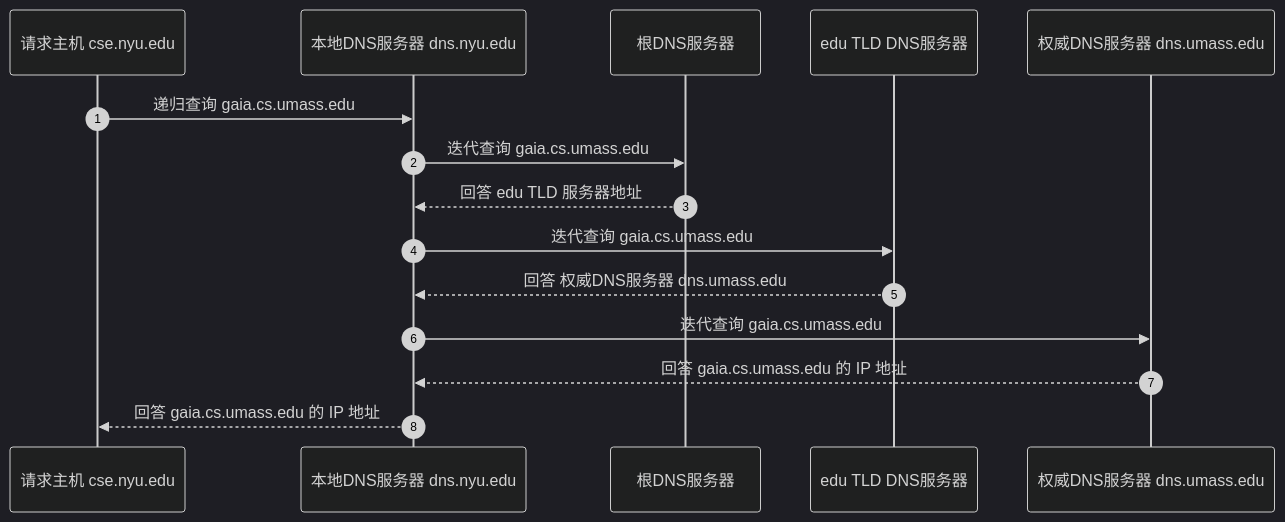
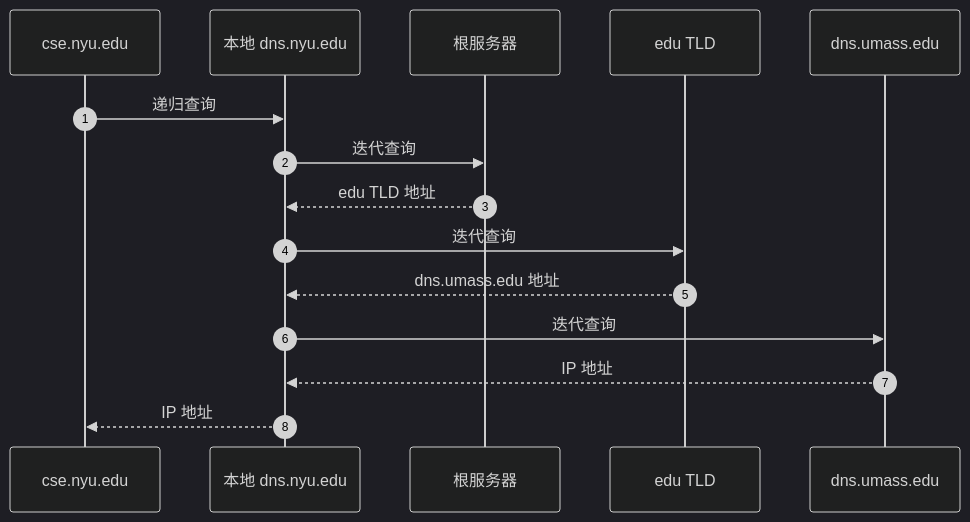
One commit to Meer-Matze/Meer-Matze.github.io changed diagram 12 of 20 in src/content/posts/应用层.md. Above: the diagram before and after it, drawn with Mermaid (dark theme). The commit also changed other lines of this file and 3 other files, not shown here.

````diff
--- a/src/content/posts/应用层.md
+++ b/src/content/posts/应用层.md
@@ -2277,18 +887,17 @@
 ```mermaid
 sequenceDiagram
   autonumber
-  participant H as 请求主机 cse.nyu.edu
-  participant L as 本地DNS服务器 dns.nyu.edu
-  participant R as 根DNS服务器
-  participant T as edu TLD DNS服务器
-  participant A as 权威DNS服务器 dns.umass.edu
-
-  H->>L: 递归查询 gaia.cs.umass.edu
-  L->>R: 迭代查询 gaia.cs.umass.edu
-  R-->>L: 回答 edu TLD 服务器地址
-  L->>T: 迭代查询 gaia.cs.umass.edu
-  T-->>L: 回答 权威DNS服务器 dns.umass.edu
-  L->>A: 迭代查询 gaia.cs.umass.edu
-  A-->>L: 回答 gaia.cs.umass.edu 的 IP 地址
-  L-->>H: 回答 gaia.cs.umass.edu 的 IP 地址
+  participant H as cse.nyu.edu
+  participant L as 本地 dns.nyu.edu
+  participant R as 根服务器
+  participant T as edu TLD
+  participant A as dns.umass.edu
+  H->>L: 递归查询
+  L->>R: 迭代查询
+  R-->>L: edu TLD 地址
+  L->>T: 迭代查询
+  T-->>L: dns.umass.edu 地址
+  L->>A: 迭代查询
+  A-->>L: IP 地址
+  L-->>H: IP 地址
 ```
````
